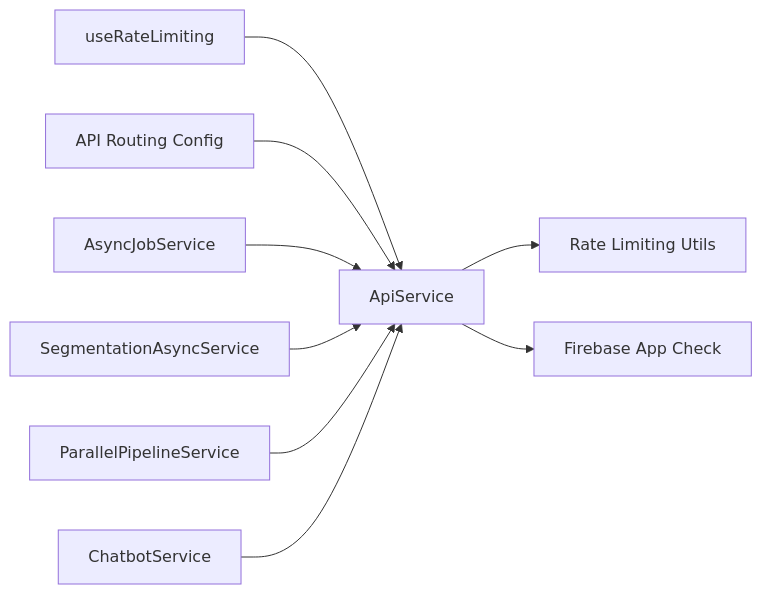
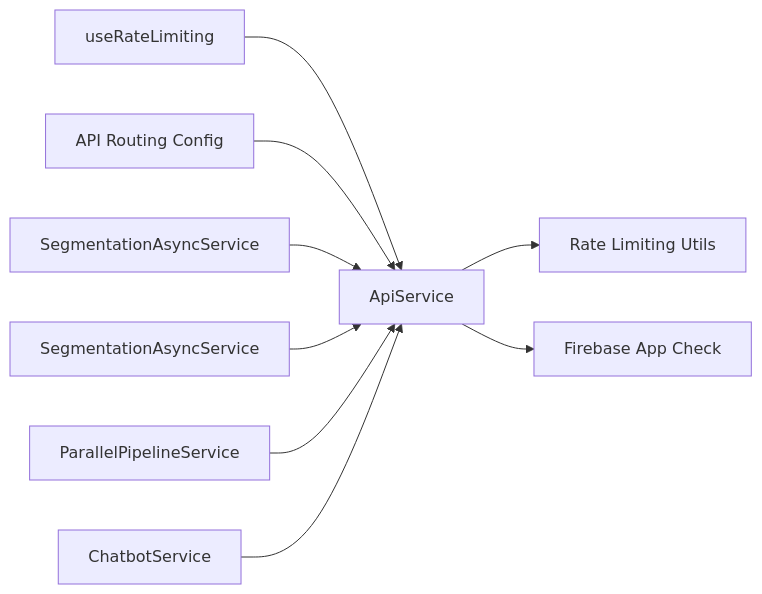
Before and after one commit to ptnghia-j/ChordMiniApp: the fifth of 5 diagrams in .qoder/repowiki/en/content/Frontend Application/API Integration and Service Layer/Core API Service.md, drawn with Mermaid. The commit also changed other lines of this file and 60 other files, not shown here.

````diff
--- a/.qoder/repowiki/en/content/Frontend Application/API Integration and Service Layer/Core API Service.md
+++ b/.qoder/repowiki/en/content/Frontend Application/API Integration and Service Layer/Core API Service.md
@@ -299,11 +299,11 @@
 ```mermaid
 graph LR
 ApiService["ApiService"] --> RL["Rate Limiting Utils"]
 ApiService --> FB["Firebase App Check"]
 Hook["useRateLimiting"] --> ApiService
 APIRoutes["API Routing Config"] --> ApiService
-AsyncJob["AsyncJobService"] --> ApiService
+AsyncJob["SegmentationAsyncService"] --> ApiService
 SegAsync["SegmentationAsyncService"] --> ApiService
 Parallel["ParallelPipelineService"] --> ApiService
 Chatbot["ChatbotService"] --> ApiService
 ```
````
